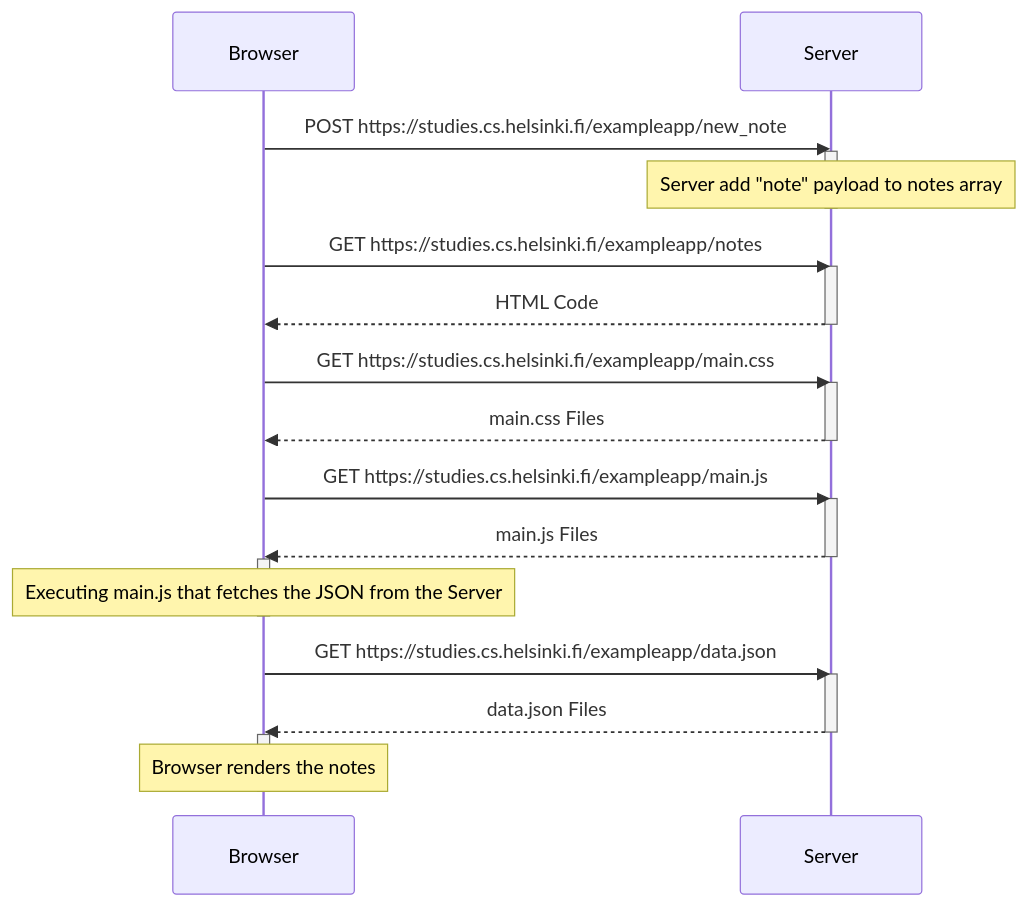
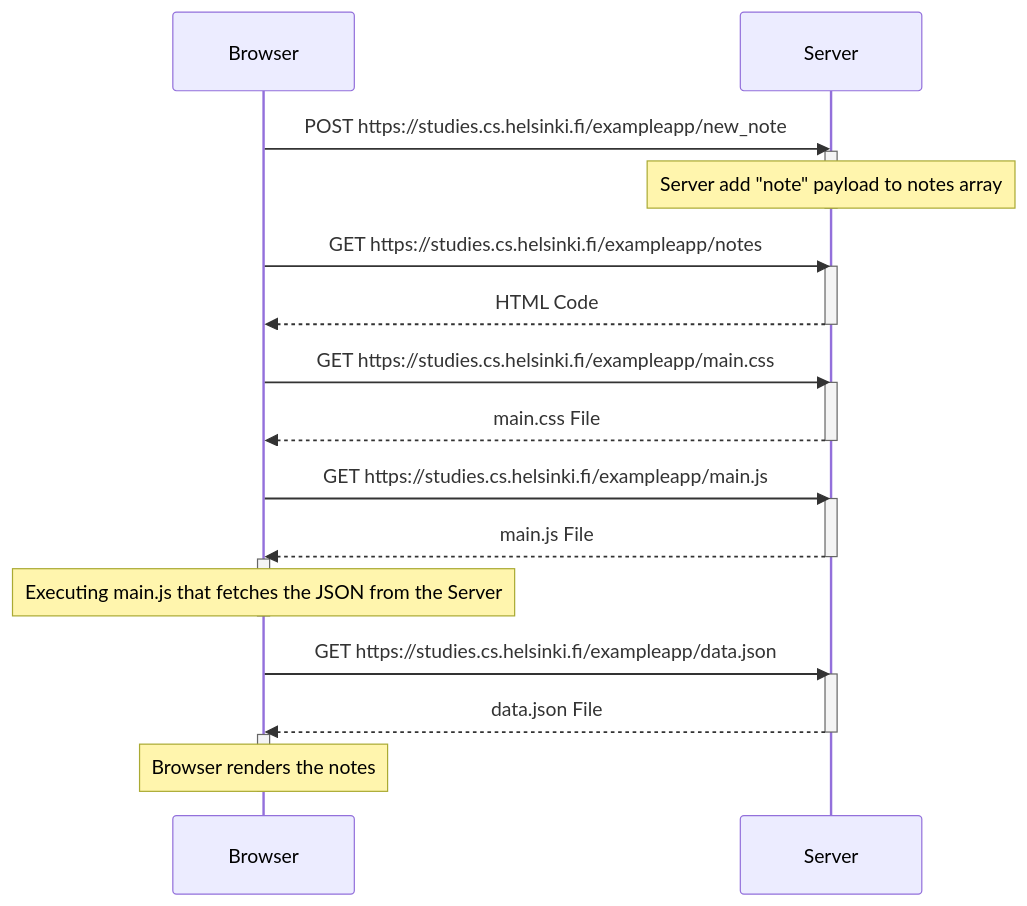
One commit to stevelaurensius/fullstackopen changed the diagram in part0/0.4 New note diagram.md. Above: the diagram before and after it, drawn with Mermaid.

Commit message:
Update 0.4 New note diagram.md
Change "Files" to "File"

````diff
--- a/part0/0.4 New note diagram.md
+++ b/part0/0.4 New note diagram.md
@@ -1,38 +1,38 @@
 ```mermaid
 sequenceDiagram
     participant Browser
     participant Server
 
     Browser->>Server: POST https://studies.cs.helsinki.fi/exampleapp/new_note
     activate Server
     Note over Server: Server add "note" payload to notes array
     deactivate Server
 
     Browser->>Server: GET https://studies.cs.helsinki.fi/exampleapp/notes
     activate Server
     Server-->>Browser: HTML Code
     deactivate Server
 
     Browser->>Server: GET https://studies.cs.helsinki.fi/exampleapp/main.css
     activate Server
-    Server-->>Browser: main.css Files
+    Server-->>Browser: main.css File
     deactivate Server
 
     Browser->>Server: GET https://studies.cs.helsinki.fi/exampleapp/main.js
     activate Server
-    Server-->>Browser: main.js Files
+    Server-->>Browser: main.js File
     deactivate Server
 
     activate Browser
     Note over Browser:   Executing main.js that fetches the JSON from the Server
     deactivate Browser
 
     Browser->>Server: GET https://studies.cs.helsinki.fi/exampleapp/data.json
     activate Server
-    Server-->>Browser: data.json Files
+    Server-->>Browser: data.json File
     deactivate Server
 
     activate Browser
     Note over Browser: Browser renders the notes
     deactivate Browser
 ```
````
